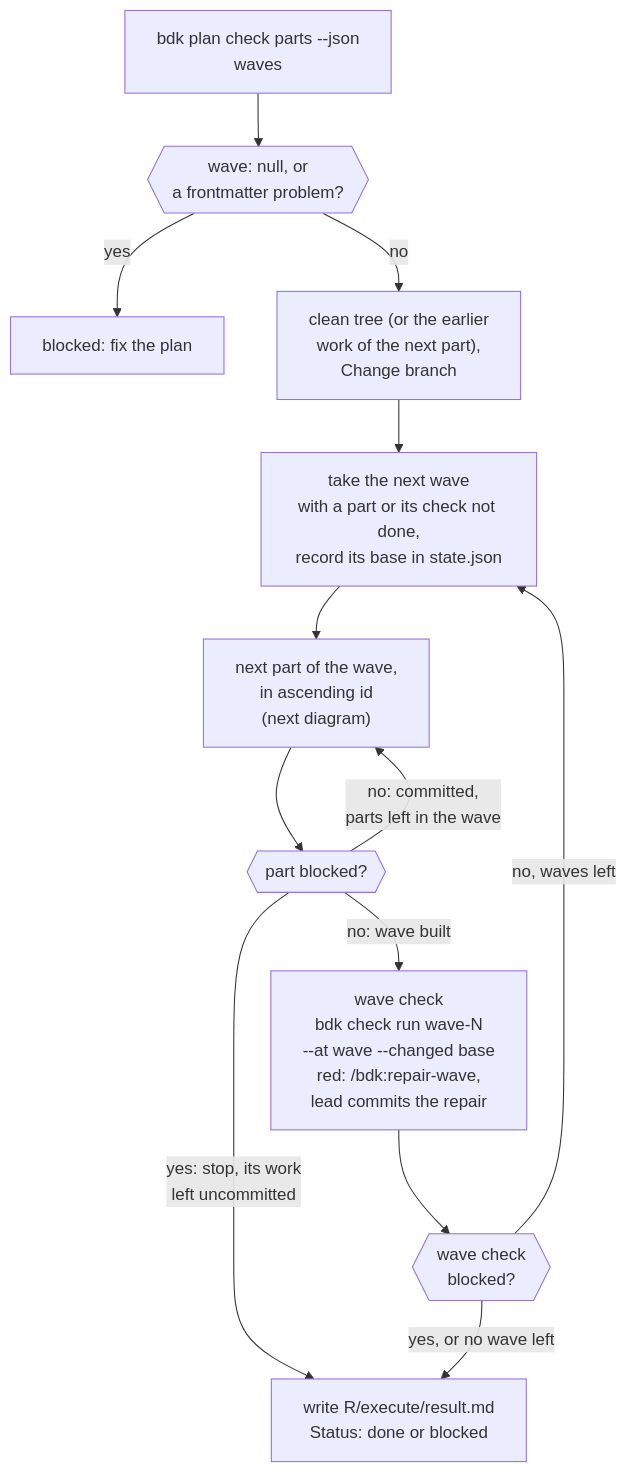
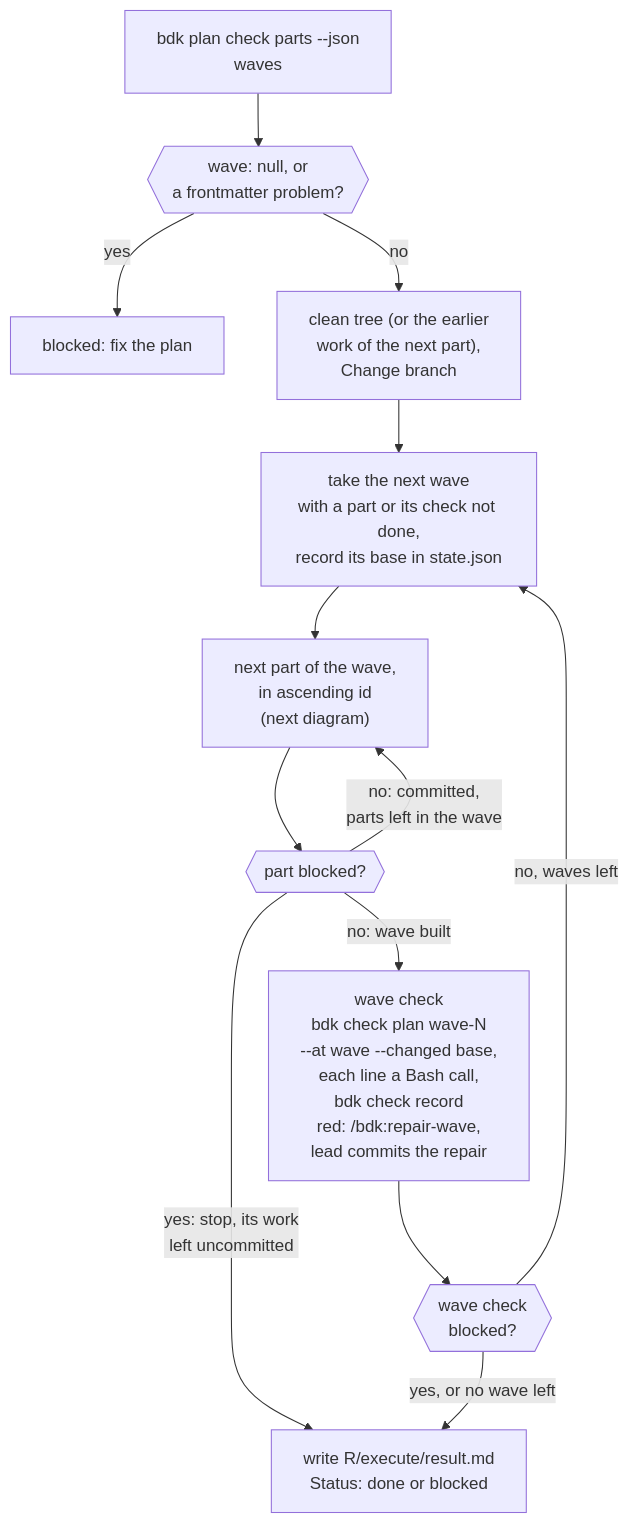
One commit to broneq/bdk changed the sixth of 15 diagrams in docs/concepts/orchestrators.md. Above: the diagram before and after it, drawn with Mermaid. The commit also changed other lines of this file and 67 other files, not shown here.

First line of the commit message:
feat(check)!: plan the checks and let the agent run the real command

````diff
--- a/docs/concepts/orchestrators.md
+++ b/docs/concepts/orchestrators.md
@@ -130,15 +130,15 @@
 ```mermaid
 flowchart TB
   W0["bdk plan check parts --json<br/>waves"] --> W1{{"wave: null, or<br/>a frontmatter problem?"}}
   W1 -->|"yes"| BL0["blocked: fix the plan"]
   W1 -->|"no"| W2["clean tree (or the earlier<br/>work of the next part),<br/>Change branch"]
   W2 --> W3["take the next wave<br/>with a part or its check not done,<br/>record its base in state.json"]
   W3 --> W5["next part of the wave,<br/>in ascending id<br/>(next diagram)"]
   W5 --> PB{{"part blocked?"}}
   PB -->|"no: committed,<br/>parts left in the wave"| W5
   PB -->|"yes: stop, its work<br/>left uncommitted"| RES
-  PB -->|"no: wave built"| WC["wave check<br/>bdk check run wave-N<br/>--at wave --changed base<br/>red: /bdk:repair-wave,<br/>lead commits the repair"]
+  PB -->|"no: wave built"| WC["wave check<br/>bdk check plan wave-N<br/>--at wave --changed base,<br/>each line a Bash call,<br/>bdk check record<br/>red: /bdk:repair-wave,<br/>lead commits the repair"]
   WC --> NW{{"wave check<br/>blocked?"}}
   NW -->|"no, waves left"| W3
   NW -->|"yes, or no wave left"| RES["write R/execute/result.md<br/>Status: done or blocked"]
 ```
````
